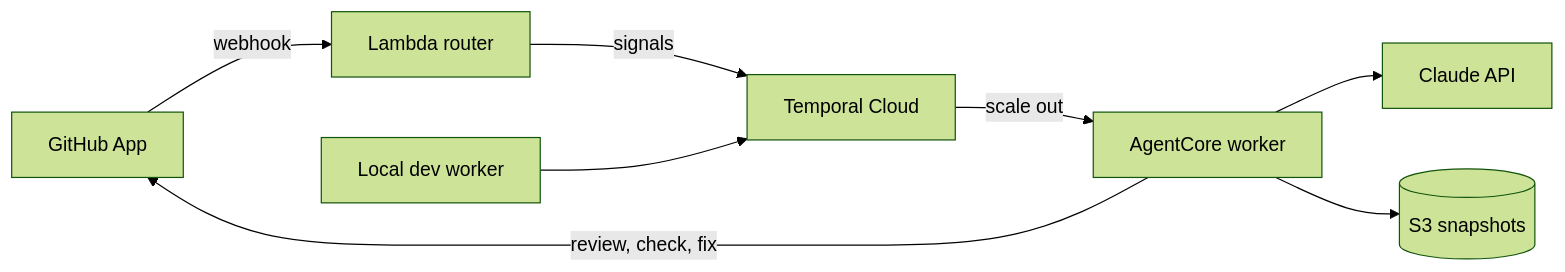
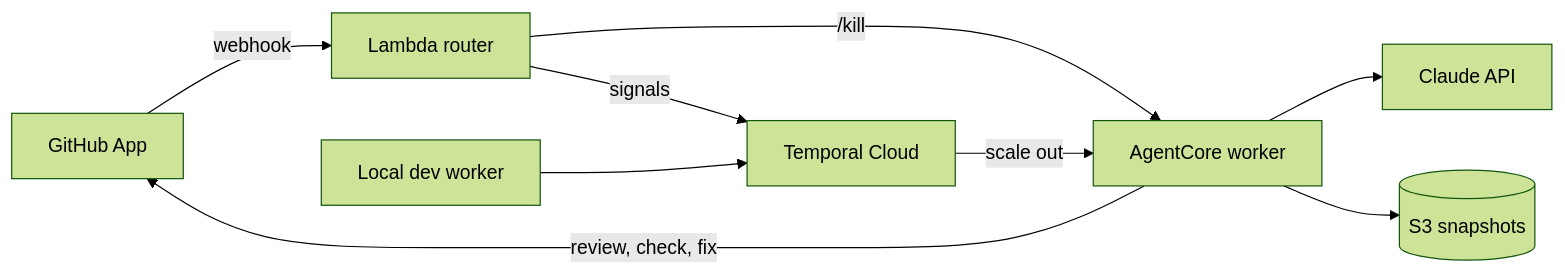
Before and after one commit to alexandreroman/code-review-agentcore-temporal: the diagram in README.md, drawn with Mermaid (forest theme). The commit also changed other lines of this file and 1 other file, not shown here.

First line of the commit message:
Document the architecture and every target

````diff
--- a/README.md
+++ b/README.md
@@ -81,10 +25,11 @@
 ```mermaid
 graph LR
     GH[GitHub App] -->|webhook| R[Lambda router]
     R -->|signals| T[Temporal Cloud]
+    R -->|/kill| A
     T -->|scale out| A[AgentCore worker]
     D[Local dev worker] --> T
     A --> C[Claude API]
     A --> S[(S3 snapshots)]
     A -->|review, check, fix| GH
 ```
````
